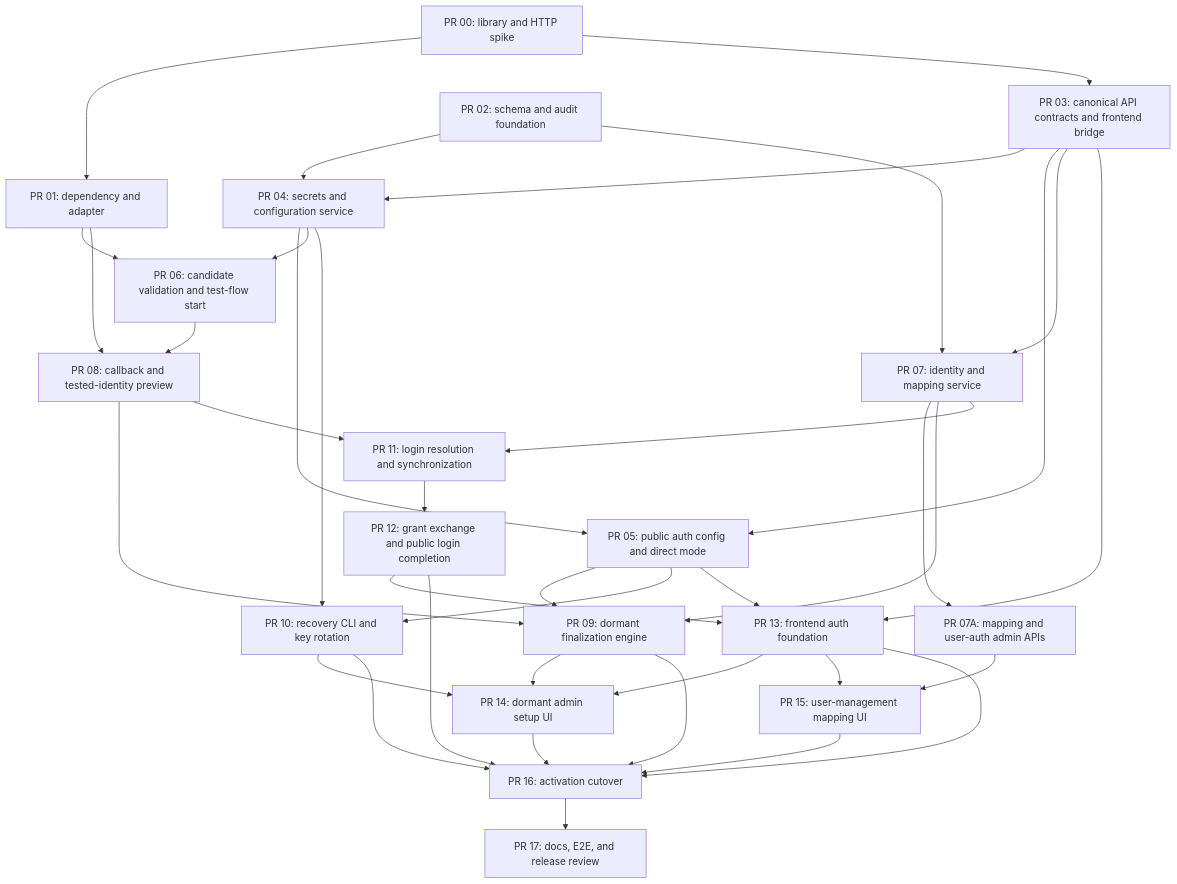
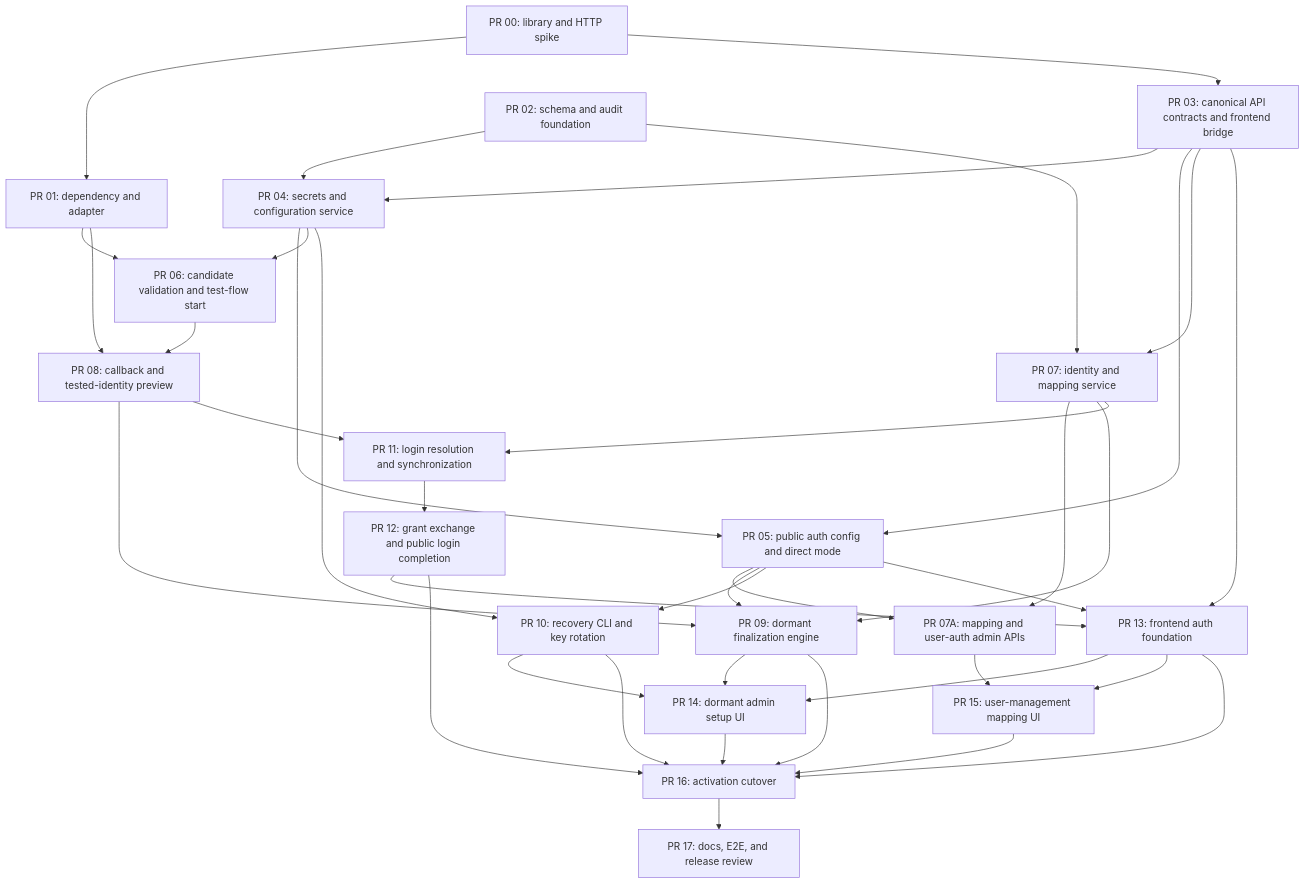
Before and after one commit to helgeklein/sambee: the diagram in documentation_planning/OAUTH_OIDC_IMPLEMENTATION_PLAN.md, drawn with Mermaid. The commit also changed other lines of this file, not shown here.

````diff
--- a/documentation_planning/OAUTH_OIDC_IMPLEMENTATION_PLAN.md
+++ b/documentation_planning/OAUTH_OIDC_IMPLEMENTATION_PLAN.md
@@ -220,39 +221,40 @@
 ```mermaid
 flowchart TD
     P00[PR 00: library and HTTP spike] --> P01[PR 01: dependency and adapter]
     P00 --> P03[PR 03: canonical API contracts and frontend bridge]
     P02[PR 02: schema and audit foundation] --> P04[PR 04: secrets and configuration service]
     P03 --> P04
     P03 --> P05[PR 05: public auth config and direct mode]
     P04 --> P05
     P04 --> P06[PR 06: candidate validation and test-flow start]
     P01 --> P06
     P02 --> P07[PR 07: identity and mapping service]
     P03 --> P07
     P06 --> P08[PR 08: callback and tested-identity preview]
     P01 --> P08
     P07 --> P07A[PR 07A: mapping and user-auth admin APIs]
+    P05 --> P07A
     P07 --> P09[PR 09: dormant finalization engine]
     P08 --> P09
     P05 --> P09
     P05 --> P10[PR 10: recovery CLI and key rotation]
     P04 --> P10
     P07 --> P11[PR 11: login resolution and synchronization]
     P08 --> P11
     P11 --> P12[PR 12: grant exchange and public login completion]
     P03 --> P13[PR 13: frontend auth foundation]
     P05 --> P13
     P12 --> P13
     P09 --> P14[PR 14: dormant admin setup UI]
     P10 --> P14
     P13 --> P14
     P07A --> P15[PR 15: user-management mapping UI]
     P13 --> P15
     P09 --> P16[PR 16: activation cutover]
     P10 --> P16
     P12 --> P16
     P13 --> P16
     P14 --> P16
     P15 --> P16
     P16 --> P17[PR 17: docs, E2E, and release review]
 ```
````
